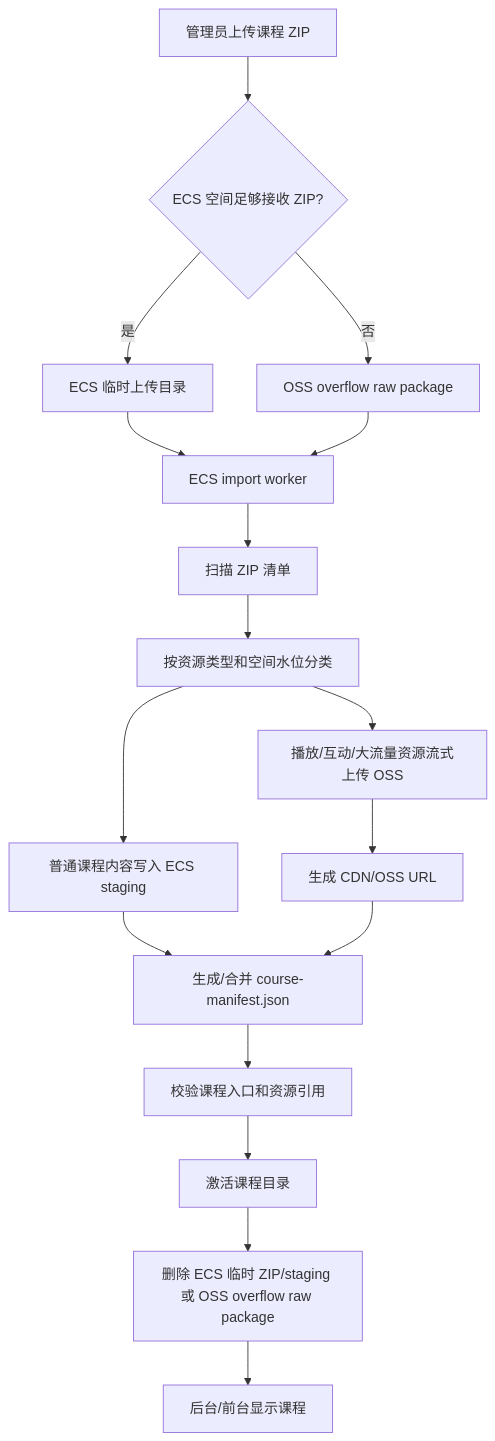
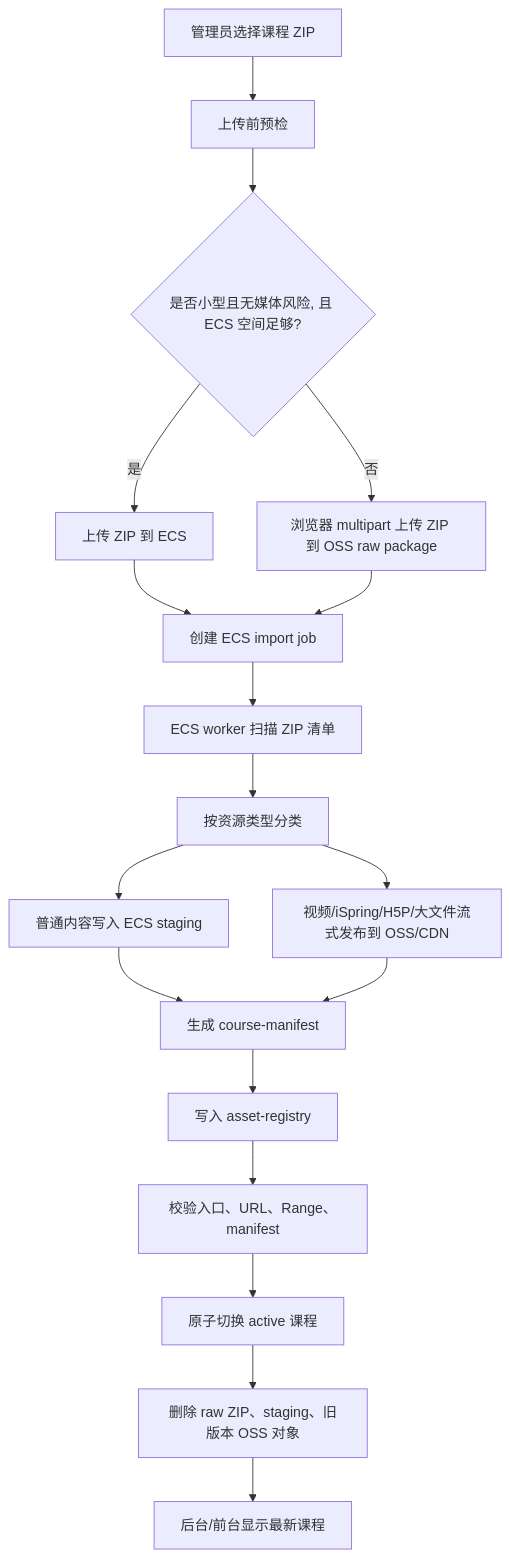
One commit to Miyazak1/MOODLETOOL changed the diagram in docs/ECS_FIRST_HYBRID_COURSE_STORAGE_PLAN_2026_08_05.md. Above: the diagram before and after it, drawn with Mermaid. The commit also changed other lines of this file, not shown here.

Commit message:
Revise hybrid course import storage plan

````diff
--- a/docs/ECS_FIRST_HYBRID_COURSE_STORAGE_PLAN_2026_08_05.md
+++ b/docs/ECS_FIRST_HYBRID_COURSE_STORAGE_PLAN_2026_08_05.md
@@ -52,19 +82,20 @@
 ```mermaid
 flowchart TD
-  A["管理员上传课程 ZIP"] --> B{"ECS 空间足够接收 ZIP?"}
-  B -->|是| C["ECS 临时上传目录"]
-  B -->|否| D["OSS overflow raw package"]
-  C --> E["ECS import worker"]
-  D --> E
-  E --> F["扫描 ZIP 清单"]
-  F --> G["按资源类型和空间水位分类"]
-  G --> H["普通课程内容写入 ECS staging"]
-  G --> I["播放/互动/大流量资源流式上传 OSS"]
-  I --> J["生成 CDN/OSS URL"]
-  H --> K["生成/合并 course-manifest.json"]
+  A["管理员选择课程 ZIP"] --> B["上传前预检"]
+  B --> C{"是否小型且无媒体风险, 且 ECS 空间足够?"}
+  C -->|是| D["上传 ZIP 到 ECS"]
+  C -->|否| E["浏览器 multipart 上传 ZIP 到 OSS raw package"]
+  D --> F["创建 ECS import job"]
+  E --> F
+  F --> G["ECS worker 扫描 ZIP 清单"]
+  G --> H["按资源类型分类"]
+  H --> I["普通内容写入 ECS staging"]
+  H --> J["视频/iSpring/H5P/大文件流式发布到 OSS/CDN"]
+  I --> K["生成 course-manifest"]
   J --> K
-  K --> L["校验课程入口和资源引用"]
-  L --> M["激活课程目录"]
-  M --> N["删除 ECS 临时 ZIP/staging 或 OSS overflow raw package"]
-  N --> O["后台/前台显示课程"]
+  K --> L["写入 asset-registry"]
+  L --> M["校验入口、URL、Range、manifest"]
+  M --> N["原子切换 active 课程"]
+  N --> O["删除 raw ZIP、staging、旧版本 OSS 对象"]
+  O --> P["后台/前台显示最新课程"]
 ```
````
